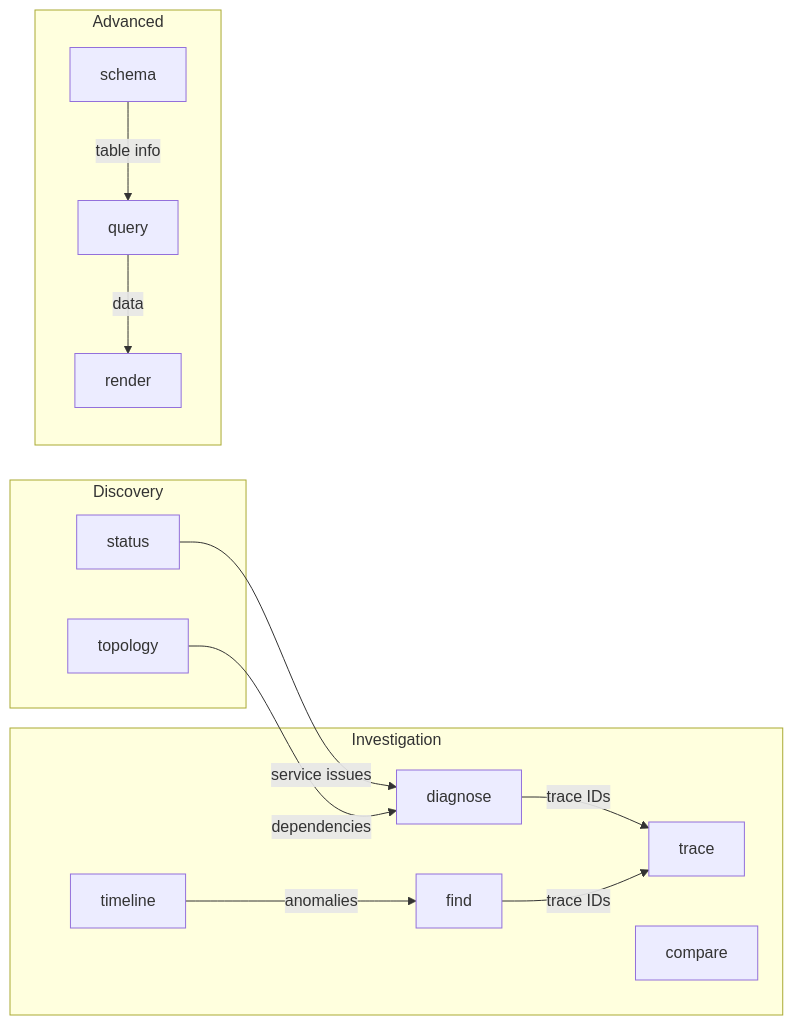
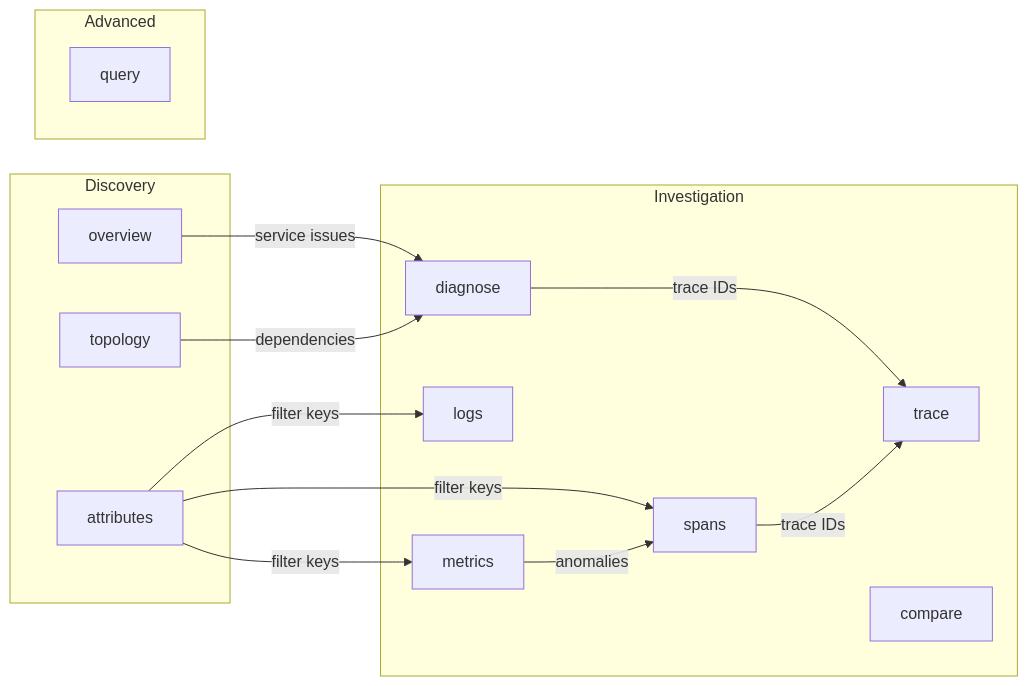
One commit to labstack/fanout changed the third of 6 diagrams in CLAUDE.md. Above: the diagram before and after it, drawn with Mermaid. The commit also changed other lines of this file and 3 other files, not shown here.

````diff
--- a/CLAUDE.md
+++ b/CLAUDE.md
@@ -86,29 +86,28 @@
 ```mermaid
 graph LR
     subgraph Discovery
-        STATUS[status]
+        OV[overview]
         TOPO[topology]
+        ATTR[attributes]
     end
 
     subgraph Investigation
         DIAG[diagnose]
-        FIND[find]
+        SPANS[spans]
+        LOGS[logs]
+        METRICS[metrics]
         TRACE[trace]
-        TIMELINE[timeline]
         COMPARE[compare]
     end
 
     subgraph Advanced
         QUERY[query]
-        SCHEMA[schema]
-        RENDER[render]
     end
 
-    STATUS --> |service issues| DIAG
+    OV --> |service issues| DIAG
     TOPO --> |dependencies| DIAG
     DIAG --> |trace IDs| TRACE
-    FIND --> |trace IDs| TRACE
-    TIMELINE --> |anomalies| FIND
-    SCHEMA --> |table info| QUERY
-    QUERY --> |data| RENDER
+    SPANS --> |trace IDs| TRACE
+    ATTR --> |filter keys| SPANS & LOGS & METRICS
+    METRICS --> |anomalies| SPANS
 ```
````
